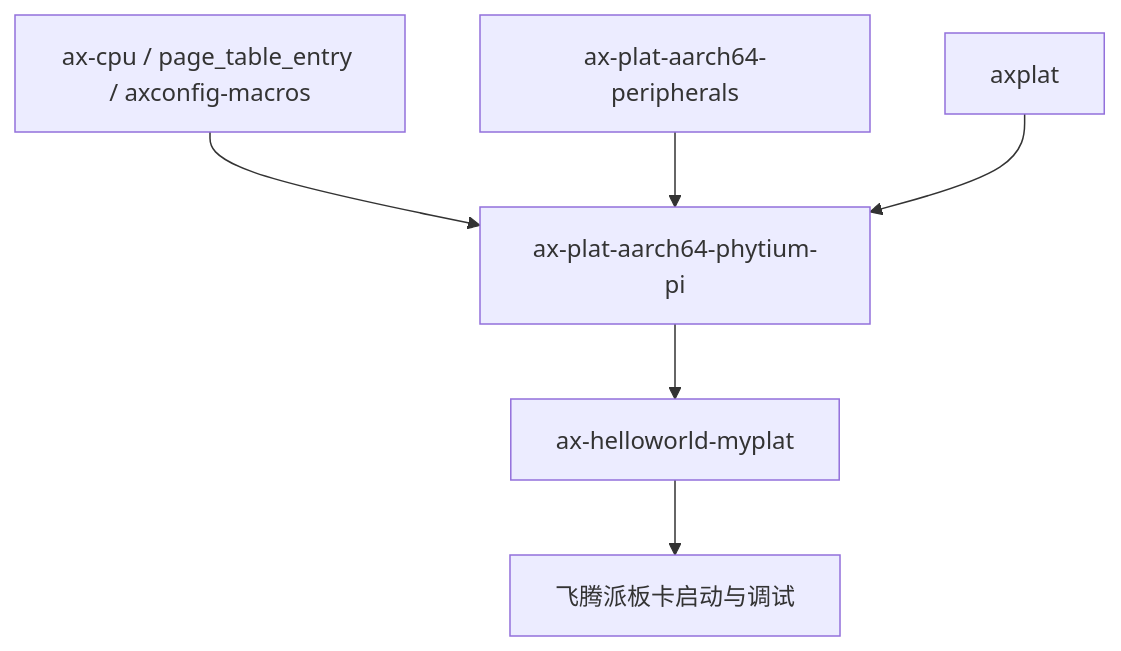
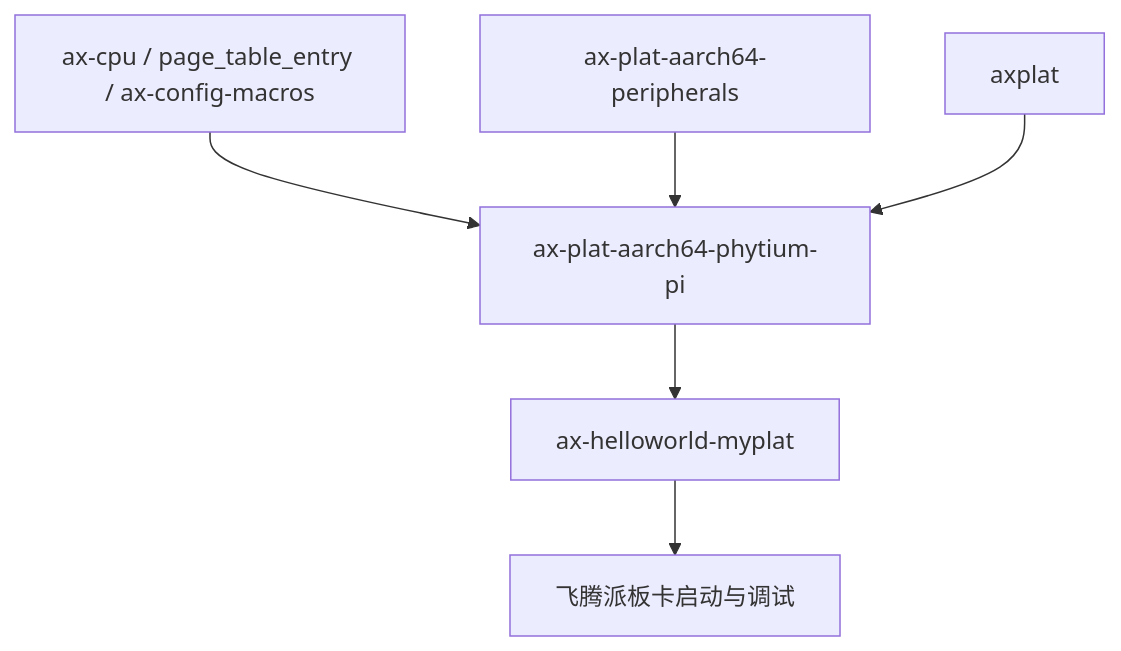
The second of 2 diagrams in docs/crates/ax-plat-aarch64-phytium-pi.md (zKurisu/tgoskits), drawn with Mermaid before and after one commit. The commit also changed other lines of this file and 75 other files, not shown here.

Commit message:
rename axconfig-macros to ax-config-macros

````diff
--- a/docs/crates/ax-plat-aarch64-phytium-pi.md
+++ b/docs/crates/ax-plat-aarch64-phytium-pi.md
@@ -154,8 +154,8 @@
 ```mermaid
 graph TD
-    A[ax-cpu / page_table_entry / axconfig-macros] --> B[ax-plat-aarch64-phytium-pi]
+    A[ax-cpu / page_table_entry / ax-config-macros] --> B[ax-plat-aarch64-phytium-pi]
     C[ax-plat-aarch64-peripherals] --> B
     D[axplat] --> B
     B --> E[ax-helloworld-myplat]
     E --> F[飞腾派板卡启动与调试]
 ```
````
